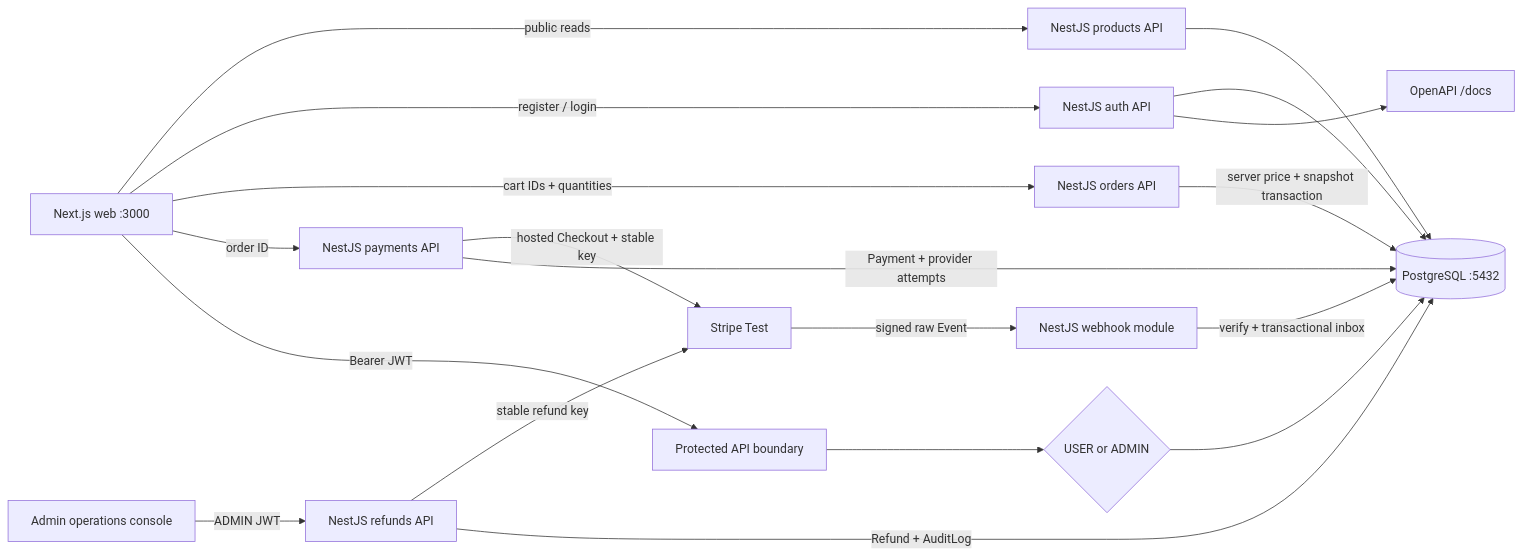
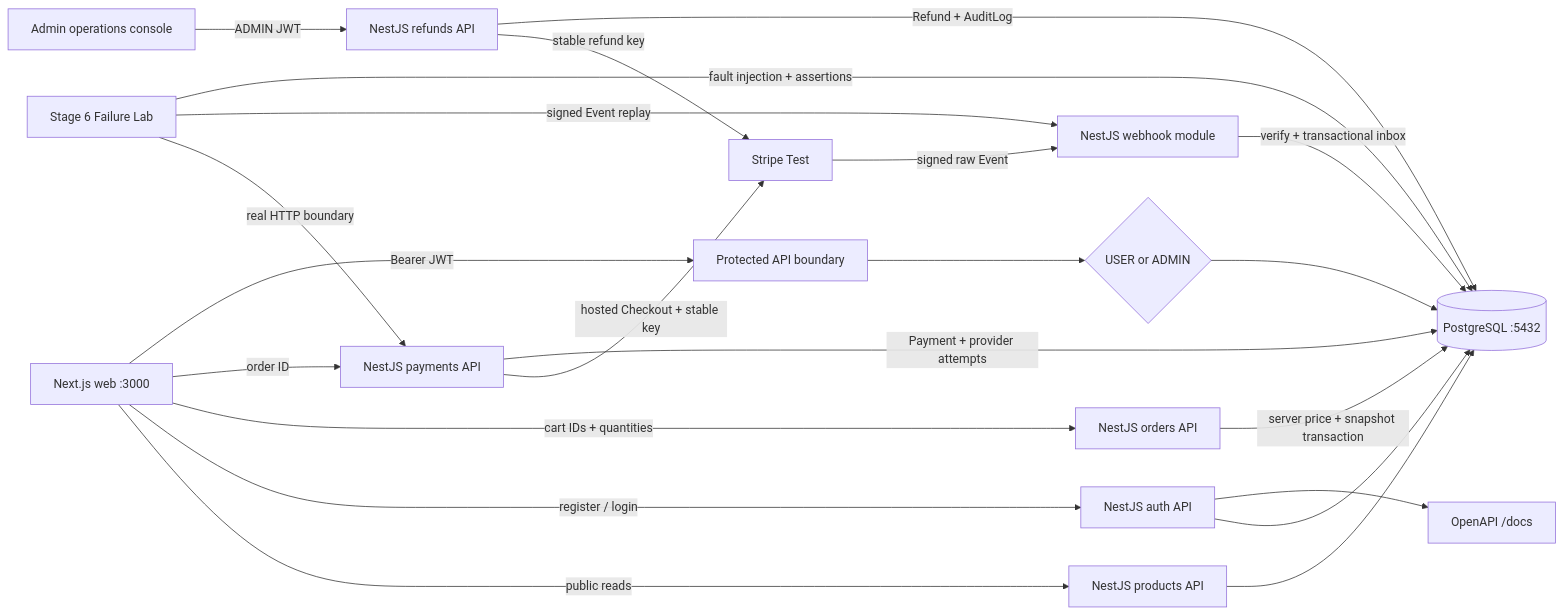
Before and after one commit to tianhao8687/payflow: the diagram in README.md, drawn with Mermaid. The commit also changed other lines of this file and 20 other files, not shown here.

Commit message:
test: complete stage 6 failure lab

````diff
--- a/README.md
+++ b/README.md
@@ -14,21 +14,24 @@
 ```mermaid
 flowchart LR
   Browser[Next.js web :3000] -->|public reads| Products[NestJS products API]
   Browser -->|register / login| Auth[NestJS auth API]
   Browser -->|cart IDs + quantities| Orders[NestJS orders API]
   Browser -->|order ID| Payments[NestJS payments API]
   Payments -->|hosted Checkout + stable key| Stripe[Stripe Test]
   Admin[Admin operations console] -->|ADMIN JWT| Refunds[NestJS refunds API]
   Refunds -->|stable refund key| Stripe
   Stripe -->|signed raw Event| Webhooks[NestJS webhook module]
   Webhooks -->|verify + transactional inbox| DB
   Browser -->|Bearer JWT| Protected[Protected API boundary]
   Protected --> RBAC{USER or ADMIN}
   Auth --> DB[(PostgreSQL :5432)]
   Products --> DB
   Orders -->|server price + snapshot transaction| DB
   Payments -->|Payment + provider attempts| DB
   Refunds -->|Refund + AuditLog| DB
   RBAC --> DB
   Auth --> Docs[OpenAPI /docs]
+  FailureLab[Stage 6 Failure Lab] -->|real HTTP boundary| Payments
+  FailureLab -->|signed Event replay| Webhooks
+  FailureLab -->|fault injection + assertions| DB
 ```
````
